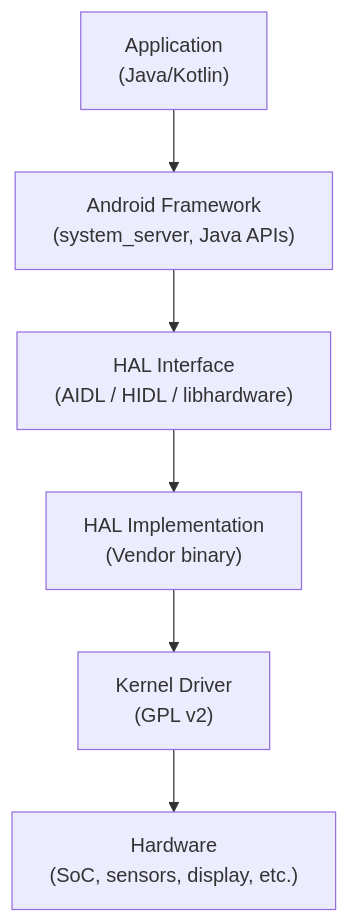
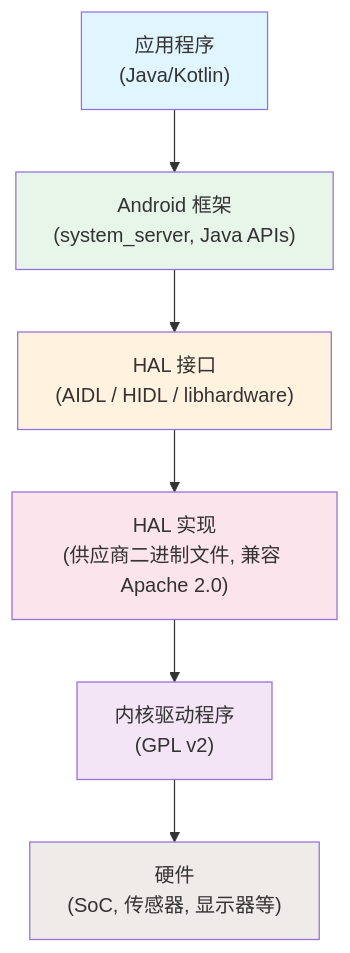
One commit to fwrite0920/aosp-internal-book changed the first of 12 diagrams in 10-hal-zh.md. Above: the diagram before and after it, drawn with Mermaid. The commit also changed other lines of this file and 63 other files, not shown here.

````diff
--- a/10-hal-zh.md
+++ b/10-hal-zh.md
@@ -19,8 +19,15 @@
 ```mermaid
 graph TD
-    A["Application<br/>(Java/Kotlin)"] --> B["Android Framework<br/>(system_server, Java APIs)"]
-    B --> C["HAL Interface<br/>(AIDL / HIDL / libhardware)"]
-    C --> D["HAL Implementation<br/>(Vendor binary)"]
-    D --> E["Kernel Driver<br/>(GPL v2)"]
-    E --> F["Hardware<br/>(SoC, sensors, display, etc.)"]
+    A["应用程序<br/>(Java/Kotlin)"] --> B["Android 框架<br/>(system_server, Java APIs)"]
+    B --> C["HAL 接口<br/>(AIDL / HIDL / libhardware)"]
+    C --> D["HAL 实现<br/>(供应商二进制文件, 兼容 Apache 2.0)"]
+    D --> E["内核驱动程序<br/>(GPL v2)"]
+    E --> F["硬件<br/>(SoC, 传感器, 显示器等)"]
+
+    style A fill:#e1f5fe
+    style B fill:#e8f5e9
+    style C fill:#fff3e0
+    style D fill:#fce4ec
+    style E fill:#f3e5f5
+    style F fill:#efebe9
 ```
````
